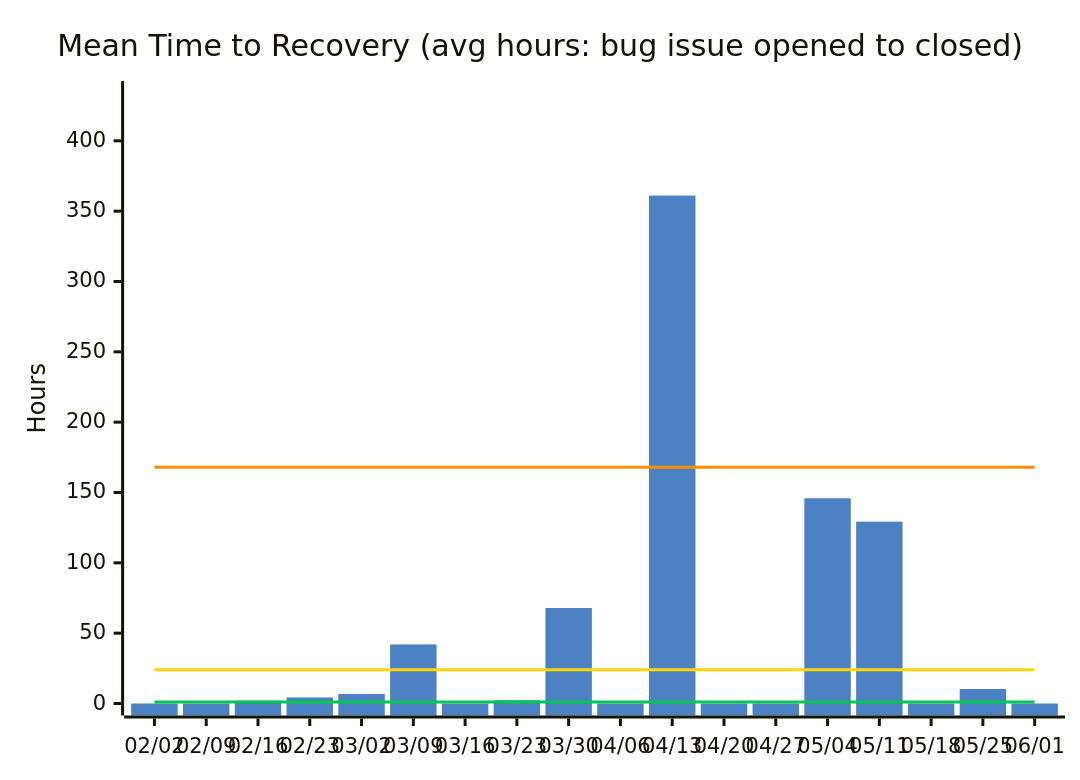
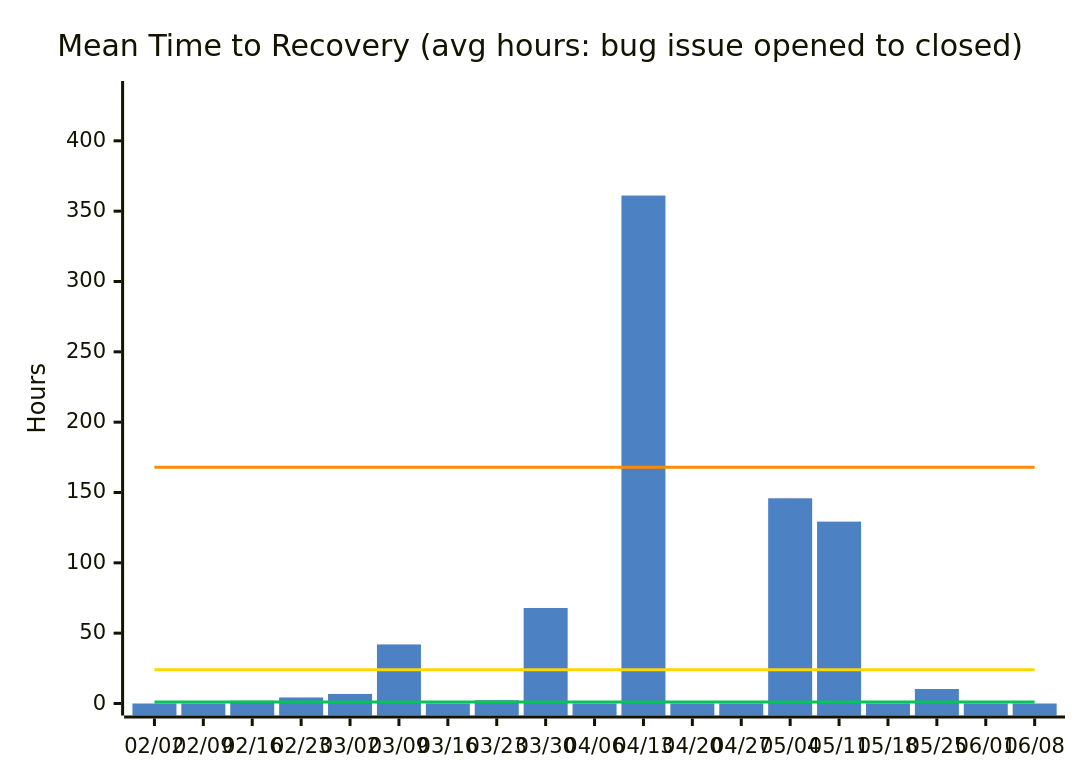
Before and after one commit to nablarch/nabledge-dev: the fourth of 14 diagrams in docs/metrics.md, drawn with Mermaid. The commit also changed other lines of this file and 2 other files, not shown here.

````diff
--- a/docs/metrics.md
+++ b/docs/metrics.md
@@ -73,11 +73,11 @@
 ```mermaid
 %%{init: {'theme': 'base', 'themeVariables': {'xyChart': {'plotColorPalette': '#4C82C3,#00C853,#FFD600,#FF8C00'}}}}%%
 xychart-beta
   title "Mean Time to Recovery (avg hours: bug issue opened to closed)"
-  x-axis ["02/02", "02/09", "02/16", "02/23", "03/02", "03/09", "03/16", "03/23", "03/30", "04/06", "04/13", "04/20", "04/27", "05/04", "05/11", "05/18", "05/25", "06/01"]
+  x-axis ["02/02", "02/09", "02/16", "02/23", "03/02", "03/09", "03/16", "03/23", "03/30", "04/06", "04/13", "04/20", "04/27", "05/04", "05/11", "05/18", "05/25", "06/01", "06/08"]
   y-axis "Hours" 0 --> 434
-  bar [0, 0, 2, 4.3, 6.8, 42, 0, 2.3, 67.9, 0, 361.1, 0, 0, 145.9, 129.3, 0, 10.3, 0]
-  line [1, 1, 1, 1, 1, 1, 1, 1, 1, 1, 1, 1, 1, 1, 1, 1, 1, 1]
-  line [24, 24, 24, 24, 24, 24, 24, 24, 24, 24, 24, 24, 24, 24, 24, 24, 24, 24]
-  line [168, 168, 168, 168, 168, 168, 168, 168, 168, 168, 168, 168, 168, 168, 168, 168, 168, 168]
+  bar [0, 0, 2, 4.3, 6.8, 42, 0, 2.3, 67.9, 0, 361.1, 0, 0, 145.9, 129.3, 0, 10.3, 0, 0]
+  line [1, 1, 1, 1, 1, 1, 1, 1, 1, 1, 1, 1, 1, 1, 1, 1, 1, 1, 1]
+  line [24, 24, 24, 24, 24, 24, 24, 24, 24, 24, 24, 24, 24, 24, 24, 24, 24, 24, 24]
+  line [168, 168, 168, 168, 168, 168, 168, 168, 168, 168, 168, 168, 168, 168, 168, 168, 168, 168, 168]
 ```
````
